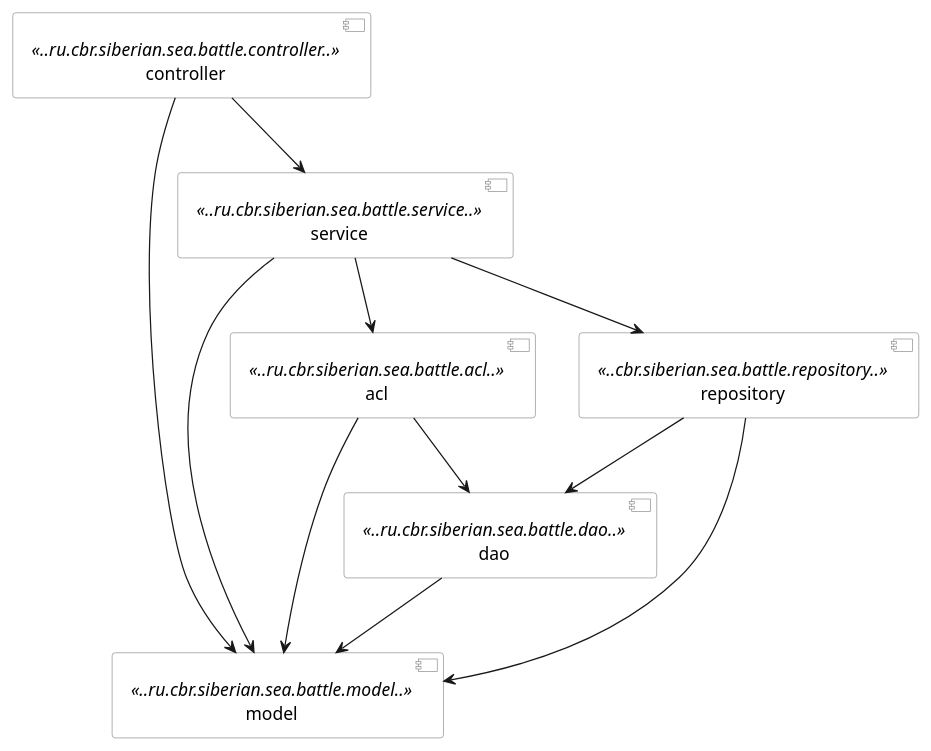
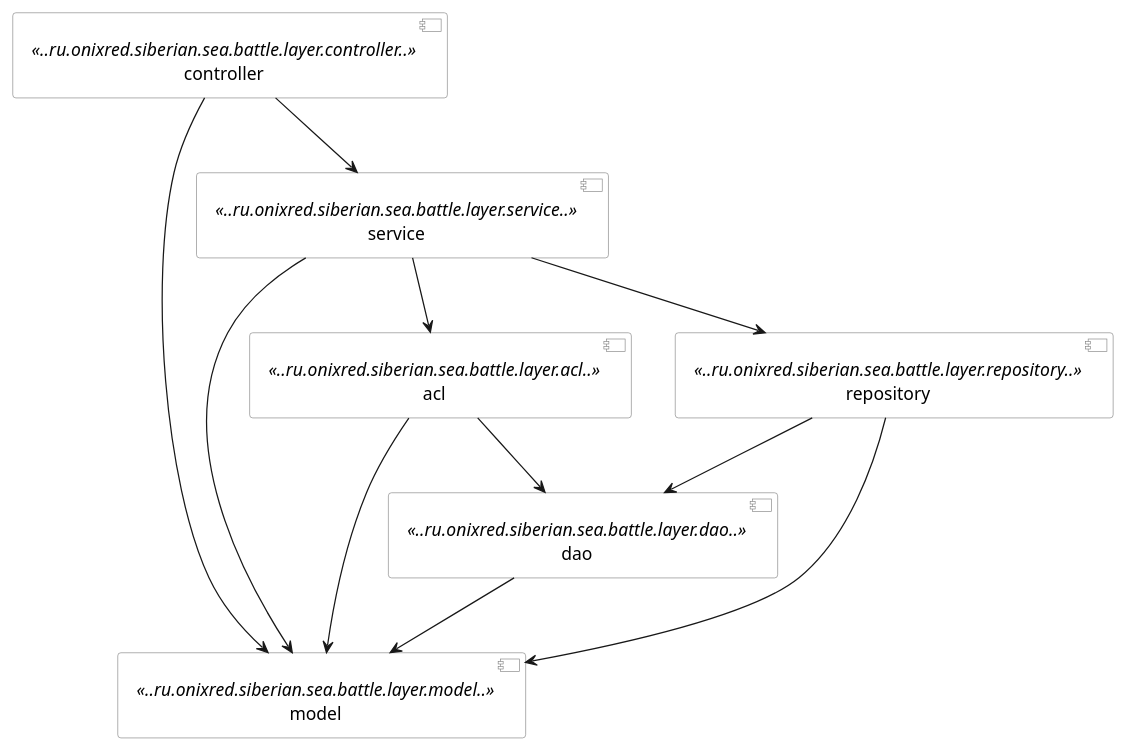
One commit to onixred/SiberianSeaBattle changed the diagram in component/layer/src/main/resources/siberian-sea-battle-class-dependency.puml. Above: the diagram before and after it, drawn with PlantUML. The commit also changed 6 other files, not shown here.

```diff
--- a/component/layer/src/main/resources/siberian-sea-battle-class-dependency.puml
+++ b/component/layer/src/main/resources/siberian-sea-battle-class-dependency.puml
@@ -4,30 +4,30 @@
 @startuml
 skinparam componentStyle uml2
 skinparam component {
   BorderColor #grey
   BackgroundColor #white
 }
 
-[controller] <<..ru.cbr.siberian.sea.battle.controller..>>
-[dao] <<..ru.cbr.siberian.sea.battle.dao..>>
-[model] <<..ru.cbr.siberian.sea.battle.model..>>
-[service] <<..ru.cbr.siberian.sea.battle.service..>>
-[acl] <<..ru.cbr.siberian.sea.battle.acl..>>
-[repository] <<..cbr.siberian.sea.battle.repository..>>
+[controller] <<..ru.onixred.siberian.sea.battle.layer.controller..>>
+[dao] <<..ru.onixred.siberian.sea.battle.layer.dao..>>
+[model] <<..ru.onixred.siberian.sea.battle.layer.model..>>
+[service] <<..ru.onixred.siberian.sea.battle.layer.service..>>
+[acl] <<..ru.onixred.siberian.sea.battle.layer.acl..>>
+[repository] <<..ru.onixred.siberian.sea.battle.layer.repository..>>
 
 [controller] --> [model]
 [controller] --> [service]
 
 [service] --> [model]
 [service] --> [acl]
 [service] --> [repository]
 
 [dao] --> [model]
 
 [repository] --> [dao]
 [repository] --> [model]
 
 [acl] --> [model]
 [acl] --> [dao]
 
 @enduml
```
